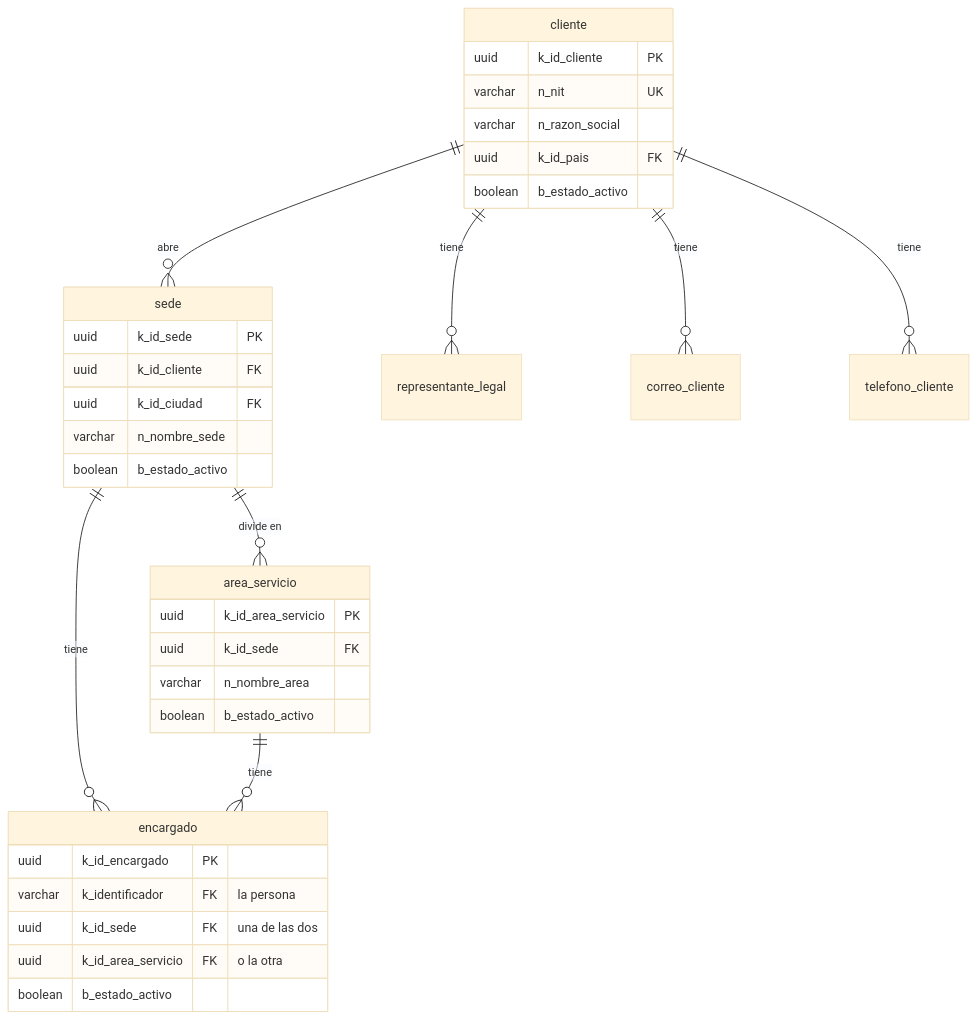
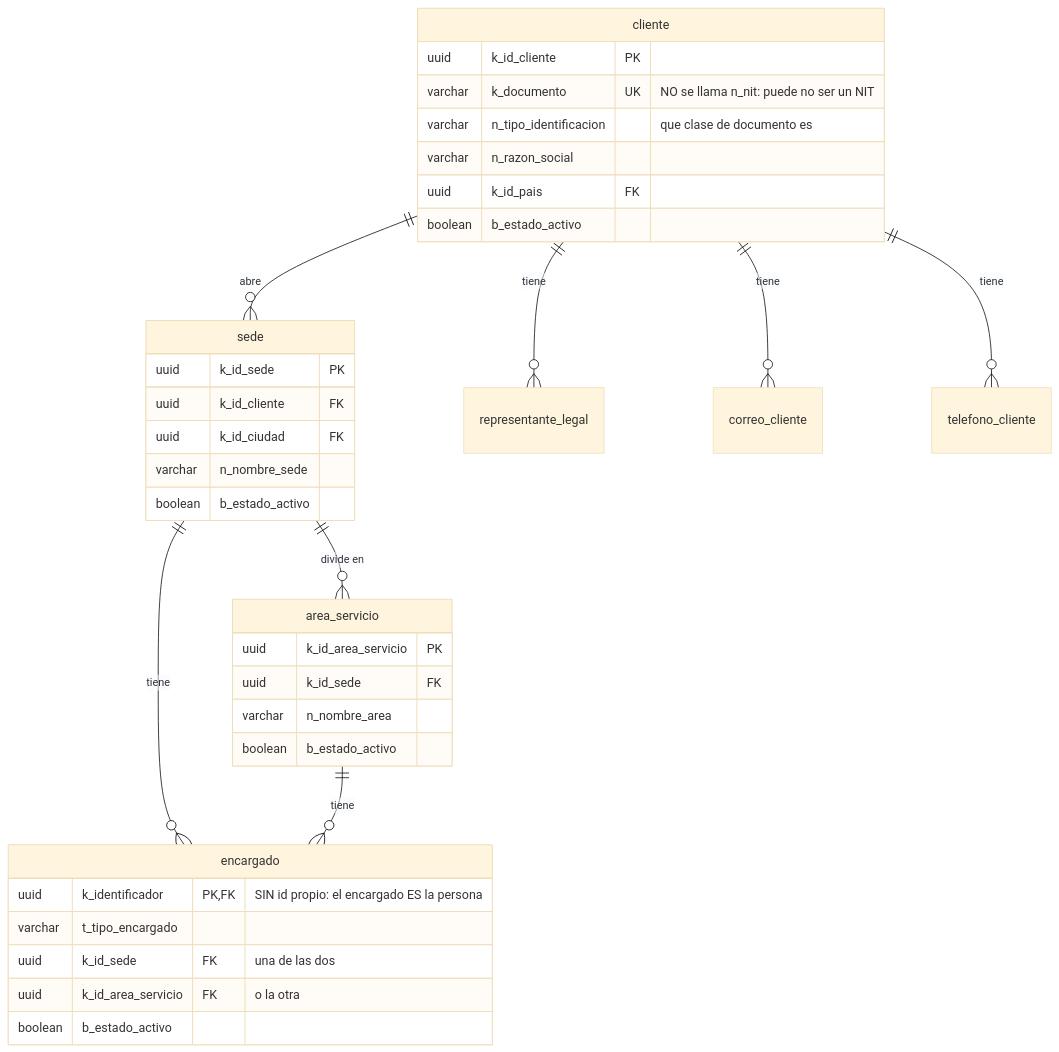
The fourth of 8 diagrams in SecondBrain/wiki/base-de-datos/esquema-bd-malphasos.md (SeanBol222/MalphasOs), drawn with Mermaid (base theme) before and after one commit. The commit also changed other lines of this file and 8 other files, not shown here.

````diff
--- a/SecondBrain/wiki/base-de-datos/esquema-bd-malphasos.md
+++ b/SecondBrain/wiki/base-de-datos/esquema-bd-malphasos.md
@@ -141,37 +182,38 @@
 ```mermaid
 erDiagram
     cliente ||--o{ sede : "abre"
     cliente ||--o{ representante_legal : "tiene"
     cliente ||--o{ correo_cliente : "tiene"
     cliente ||--o{ telefono_cliente : "tiene"
     sede ||--o{ area_servicio : "divide en"
     sede ||--o{ encargado : "tiene"
     area_servicio ||--o{ encargado : "tiene"
     cliente {
         uuid k_id_cliente PK
-        varchar n_nit UK
+        varchar k_documento UK "NO se llama n_nit: puede no ser un NIT"
+        varchar n_tipo_identificacion "que clase de documento es"
         varchar n_razon_social
         uuid k_id_pais FK
         boolean b_estado_activo
     }
     sede {
         uuid k_id_sede PK
         uuid k_id_cliente FK
         uuid k_id_ciudad FK
         varchar n_nombre_sede
         boolean b_estado_activo
     }
     area_servicio {
         uuid k_id_area_servicio PK
         uuid k_id_sede FK
         varchar n_nombre_area
         boolean b_estado_activo
     }
     encargado {
-        uuid k_id_encargado PK
-        varchar k_identificador FK "la persona"
+        uuid k_identificador PK, FK "SIN id propio: el encargado ES la persona"
+        varchar t_tipo_encargado
         uuid k_id_sede FK "una de las dos"
         uuid k_id_area_servicio FK "o la otra"
         boolean b_estado_activo
     }
 ```
````
